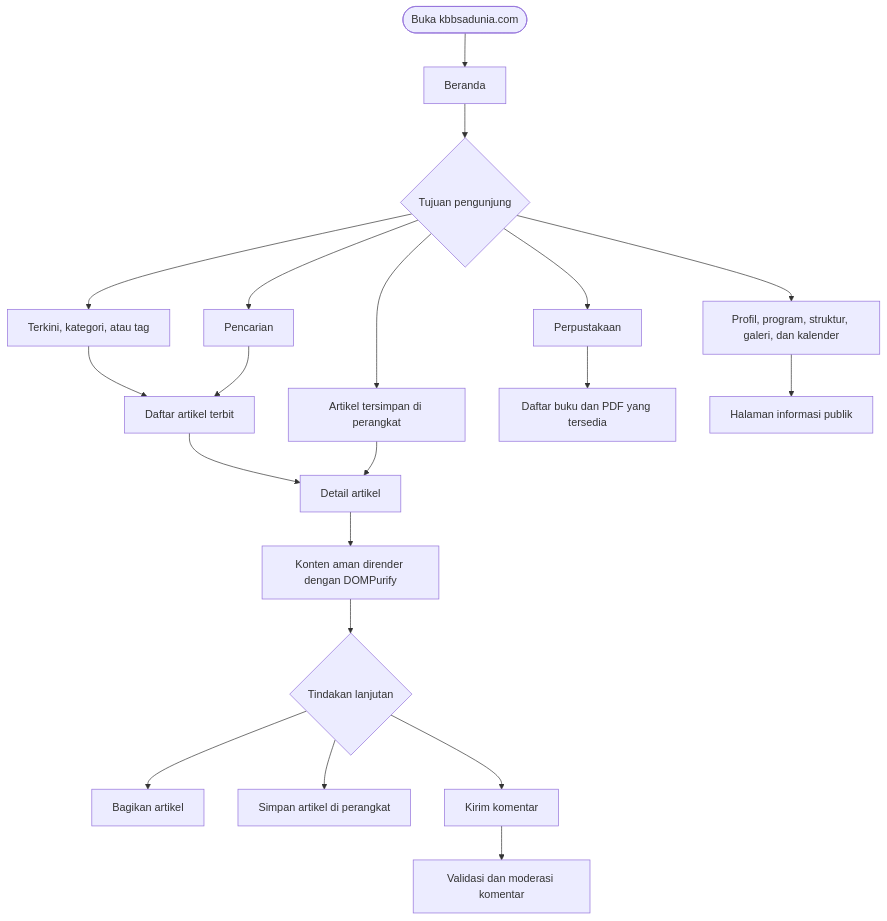
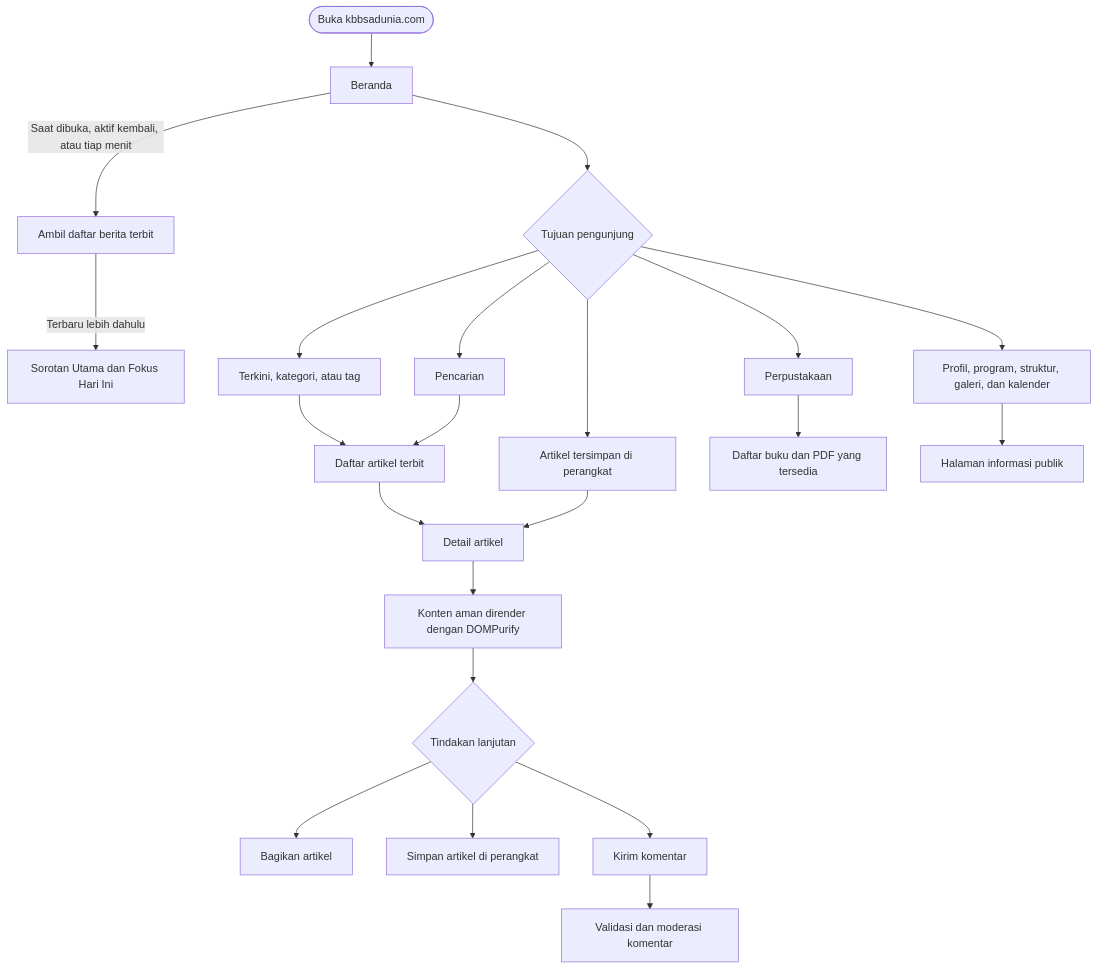
Before and after one commit to Antophic/kbb_sadunia: the second of 8 diagrams in docs/FLOWCHART.md, drawn with Mermaid. The commit also changed 17 other files, not shown here.

````diff
--- a/docs/FLOWCHART.md
+++ b/docs/FLOWCHART.md
@@ -35,25 +35,27 @@
 ```mermaid
 flowchart TD
     start([Buka kbbsadunia.com]) --> home[Beranda]
     home --> choice{Tujuan pengunjung}
+    home -->|"Saat dibuka, aktif kembali, atau tiap menit"| news[Ambil daftar berita terbit]
+    news -->|Terbaru lebih dahulu| tops[Sorotan Utama dan Fokus Hari Ini]
 
     choice --> latest[Terkini, kategori, atau tag]
     choice --> search[Pencarian]
     choice --> profile[Profil, program, struktur, galeri, dan kalender]
     choice --> library[Perpustakaan]
     choice --> saved[Artikel tersimpan di perangkat]
 
     latest --> list[Daftar artikel terbit]
     search --> list
     list --> detail[Detail artikel]
     detail --> render[Konten aman dirender dengan DOMPurify]
     render --> optional{Tindakan lanjutan}
     optional --> share[Bagikan artikel]
     optional --> save[Simpan artikel di perangkat]
     optional --> comment[Kirim komentar]
     comment --> validation[Validasi dan moderasi komentar]
 
     library --> books[Daftar buku dan PDF yang tersedia]
     profile --> publicPage[Halaman informasi publik]
     saved --> detail
 ```
````
